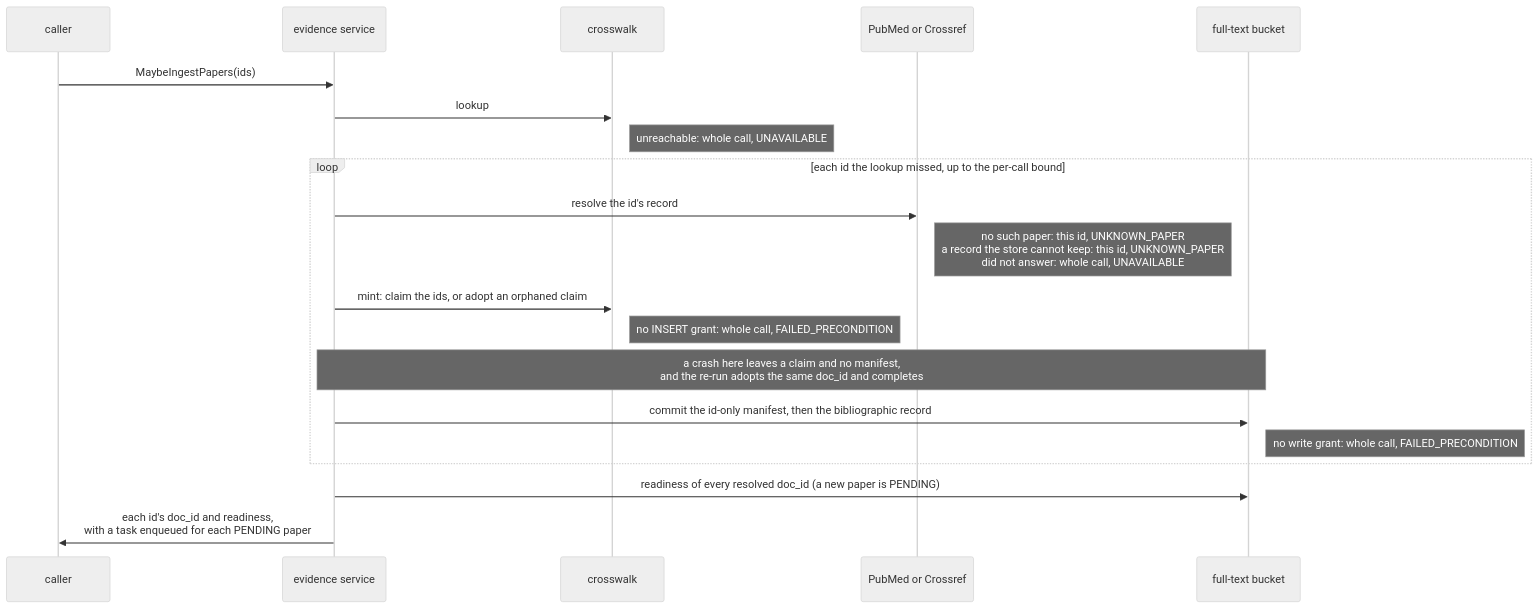
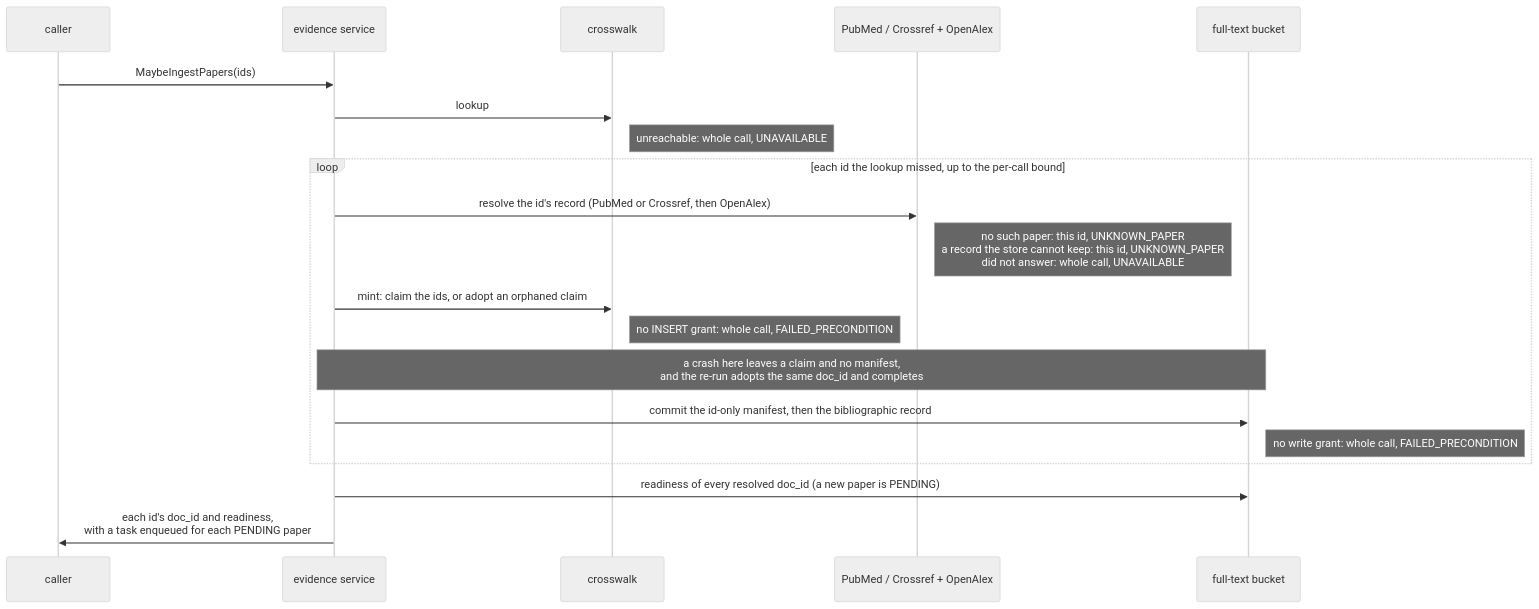
One commit to populationgenomics/themis changed the fifth of 5 diagrams in docs/design/evidence-fulltext.md. Above: the diagram before and after it, drawn with Mermaid (neutral theme). The commit also changed other lines of this file and 4 other files, not shown here.

````diff
--- a/docs/design/evidence-fulltext.md
+++ b/docs/design/evidence-fulltext.md
@@ -810,22 +812,22 @@
 ```mermaid
 sequenceDiagram
     participant C as caller
     participant E as evidence service
     participant X as crosswalk
-    participant U as PubMed or Crossref
+    participant U as PubMed / Crossref + OpenAlex
     participant B as full-text bucket
     C->>E: MaybeIngestPapers(ids)
     E->>X: lookup
     Note right of X: unreachable: whole call, UNAVAILABLE
     loop each id the lookup missed, up to the per-call bound
-        E->>U: resolve the id's record
+        E->>U: resolve the id's record (PubMed or Crossref, then OpenAlex)
         Note right of U: no such paper: this id, UNKNOWN_PAPER<br/>a record the store cannot keep: this id, UNKNOWN_PAPER<br/>did not answer: whole call, UNAVAILABLE
         E->>X: mint: claim the ids, or adopt an orphaned claim
         Note right of X: no INSERT grant: whole call, FAILED_PRECONDITION
         Note over E,B: a crash here leaves a claim and no manifest,<br/>and the re-run adopts the same doc_id and completes
         E->>B: commit the id-only manifest, then the bibliographic record
         Note right of B: no write grant: whole call, FAILED_PRECONDITION
     end
     E->>B: readiness of every resolved doc_id (a new paper is PENDING)
     E->>C: each id's doc_id and readiness,<br/>with a task enqueued for each PENDING paper
 ```
````
